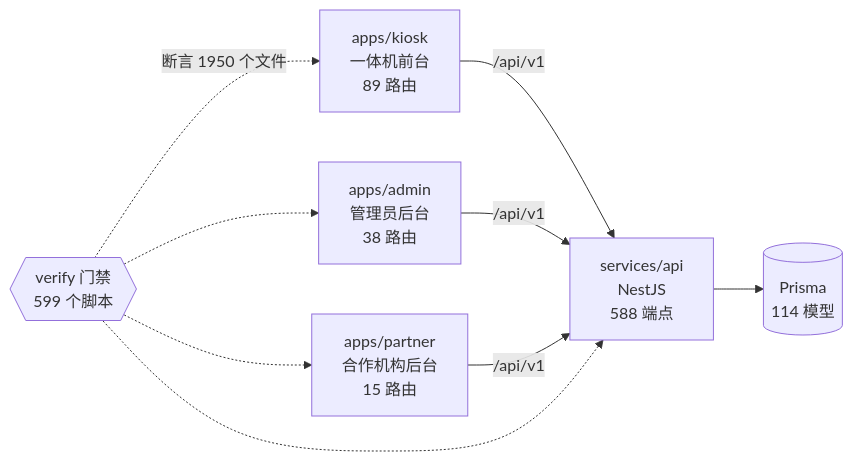
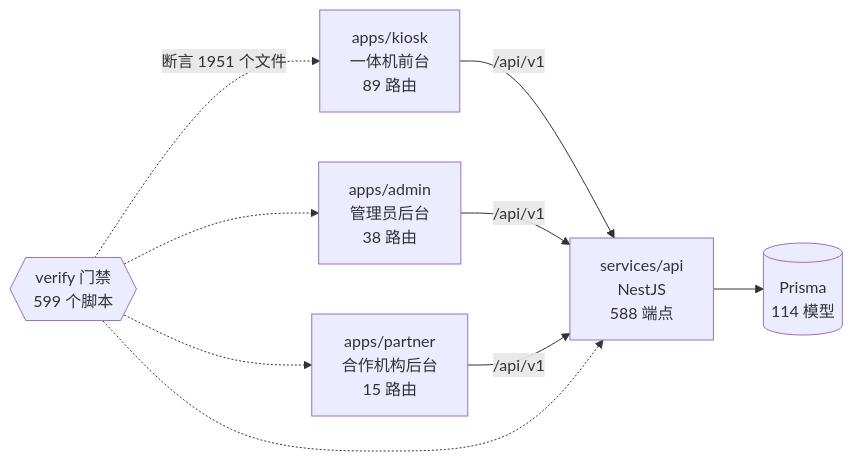
Before and after one commit to wanglei581/YITIJI: the diagram in docs/graph/README.md, drawn with Mermaid. The commit also changed other lines of this file and 11 other files, not shown here.

````diff
--- a/docs/graph/README.md
+++ b/docs/graph/README.md
@@ -68,18 +68,18 @@
 ```mermaid
 flowchart LR
   kiosk["apps/kiosk<br/>一体机前台<br/>89 路由"]
   admin["apps/admin<br/>管理员后台<br/>38 路由"]
   partner["apps/partner<br/>合作机构后台<br/>15 路由"]
   api["services/api<br/>NestJS<br/>588 端点"]
   db[("Prisma<br/>114 模型")]
   gates{{"verify 门禁<br/>599 个脚本"}}
 
   kiosk -->|"/api/v1"| api
   admin -->|"/api/v1"| api
   partner -->|"/api/v1"| api
   api --> db
-  gates -.->|"断言 1950 个文件"| kiosk
+  gates -.->|"断言 1951 个文件"| kiosk
   gates -.-> admin
   gates -.-> partner
   gates -.-> api
 ```
````
